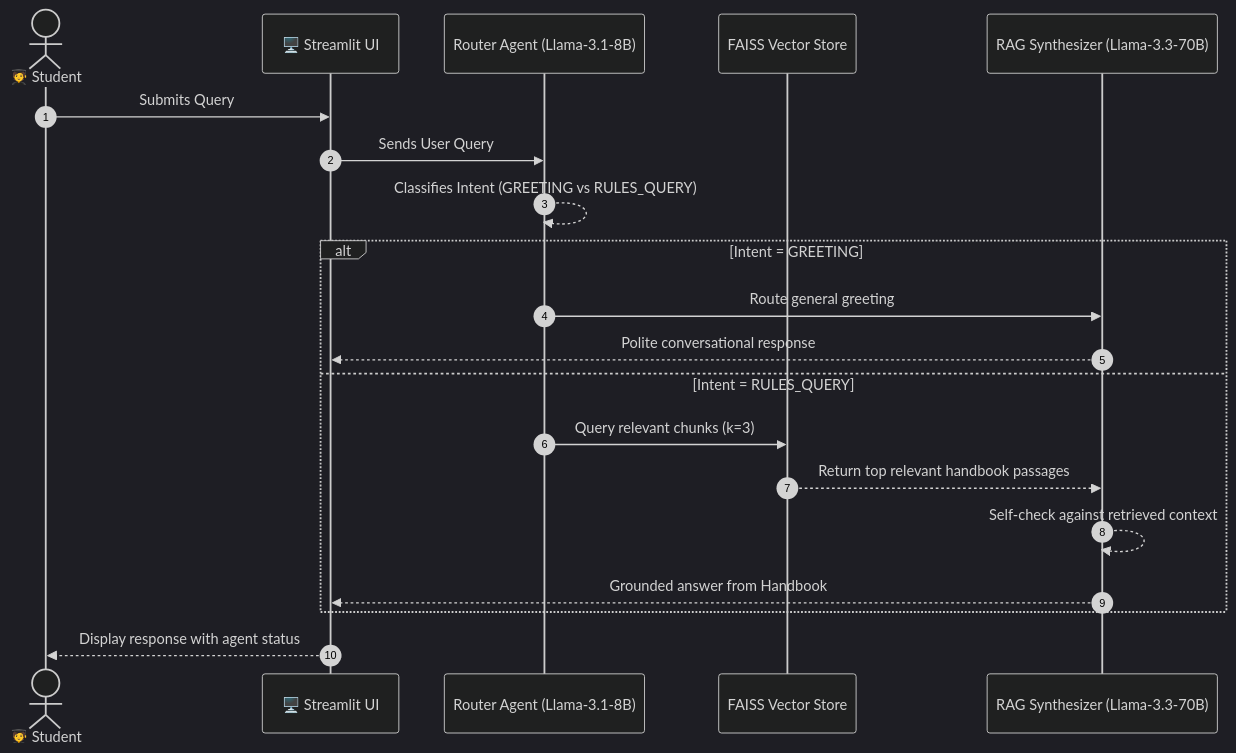
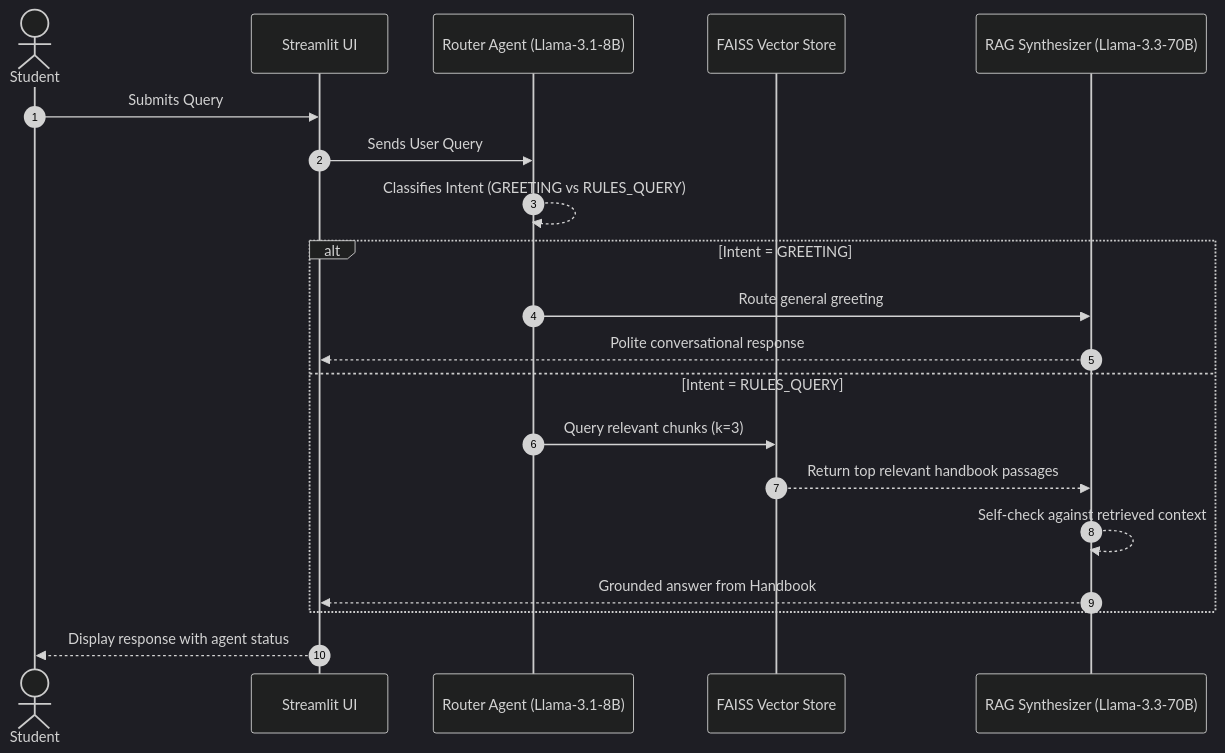
The diagram in README.md (lakshikamalmi53-alt/uni-student-rules-assistant), drawn with Mermaid (dark theme) before and after one commit.

Commit message:
docs: complete full assignment readme requirements

````diff
--- a/README.md
+++ b/README.md
@@ -13,25 +13,25 @@
 ```mermaid
 sequenceDiagram
     autonumber
-    actor Student as 🧑‍🎓 Student
-    participant UI as 🖥️ Streamlit UI
+    actor Student as Student
+    participant UI as Streamlit UI
     participant Router as Router Agent (Llama-3.1-8B)
     participant VectorDB as FAISS Vector Store
     participant Synthesizer as RAG Synthesizer (Llama-3.3-70B)
 
     Student->>UI: Submits Query
     UI->>Router: Sends User Query
     Router-->>Router: Classifies Intent (GREETING vs RULES_QUERY)
     
     alt Intent = GREETING
         Router->>Synthesizer: Route general greeting
         Synthesizer-->>UI: Polite conversational response
     else Intent = RULES_QUERY
         Router->>VectorDB: Query relevant chunks (k=3)
         VectorDB-->>Synthesizer: Return top relevant handbook passages
         Synthesizer-->>Synthesizer: Self-check against retrieved context
         Synthesizer-->>UI: Grounded answer from Handbook
     end
 
     UI-->>Student: Display response with agent status
 ```
````
